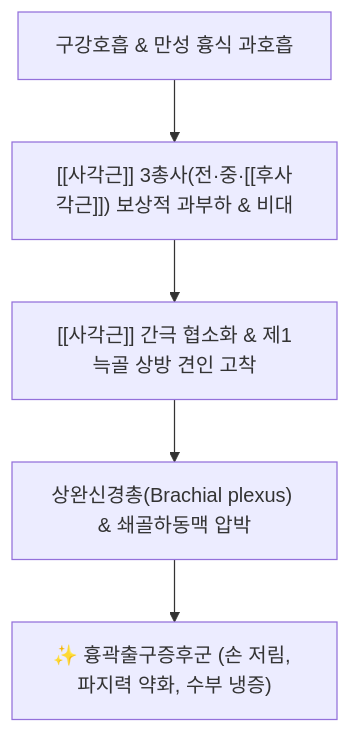
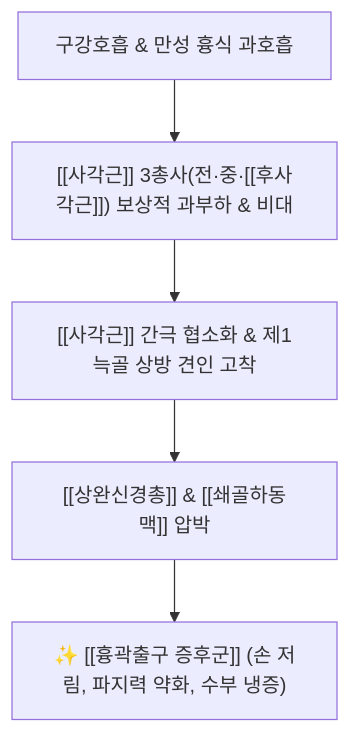
One commit to simbio11/simbio-digital-garden2 changed the second of 3 diagrams in content/1. 근골격계 공부/근육/(2) 경부/사각근.md. Above: the diagram before and after it, drawn with Mermaid. The commit also changed other lines of this file and 150 other files, not shown here.

````diff
--- a/content/1. 근골격계 공부/근육/(2) 경부/사각근.md
+++ b/content/1. 근골격계 공부/근육/(2) 경부/사각근.md
@@ -51,7 +63,7 @@
 ```mermaid
 graph TD
     StressBreathing["구강호흡 & 만성 흉식 과호흡"] --> ScaleneHypertrophy["[[사각근]] 3총사(전·중·[[후사각근]]) 보상적 과부하 & 비대"]
     ScaleneHypertrophy --> TriangleCompression["[[사각근]] 간극 협소화 & 제1늑골 상방 견인 고착"]
-    TriangleCompression --> NeuroVascularEntrapment["상완신경총(Brachial plexus) & 쇄골하동맥 압박"]
-    NeuroVascularEntrapment --> TOS_Full["✨ 흉곽출구증후군 (손 저림, 파지력 약화, 수부 냉증)"]
+    TriangleCompression --> NeuroVascularEntrapment["[[상완신경총]] & [[쇄골하동맥]] 압박"]
+    NeuroVascularEntrapment --> TOS_Full["✨ [[흉곽출구 증후군]] (손 저림, 파지력 약화, 수부 냉증)"]
 ```
````
